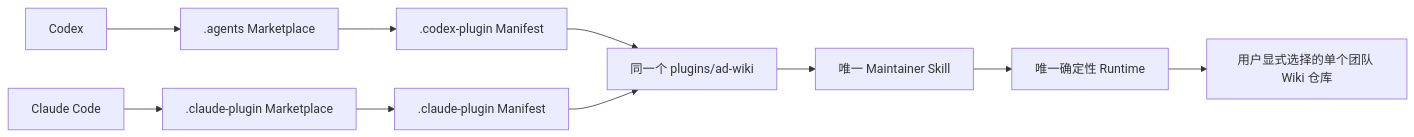
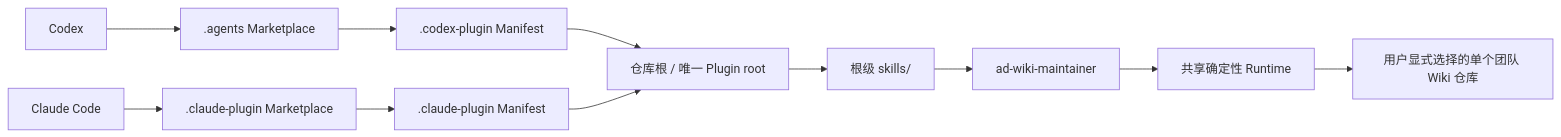
One commit to taobaorun/ad-wiki changed the first of 2 diagrams in docs/designs/ad-wiki-codex-claude-plugin-compatibility.md. Above: the diagram before and after it, drawn with Mermaid. The commit also changed other lines of this file and 49 other files, not shown here.

Commit message:
refactor: flatten AD Wiki plugin root

````diff
--- a/docs/designs/ad-wiki-codex-claude-plugin-compatibility.md
+++ b/docs/designs/ad-wiki-codex-claude-plugin-compatibility.md
@@ -87,12 +86,13 @@
 ```mermaid
 flowchart LR
     C[Codex] --> CM[.agents Marketplace]
     A[Claude Code] --> AM[.claude-plugin Marketplace]
     CM --> CP[.codex-plugin Manifest]
     AM --> AP[.claude-plugin Manifest]
-    CP --> CORE[同一个 plugins/ad-wiki]
+    CP --> CORE[仓库根 / 唯一 Plugin root]
     AP --> CORE
-    CORE --> SKILL[唯一 Maintainer Skill]
-    SKILL --> RT[唯一确定性 Runtime]
+    CORE --> SKILLS[根级 skills/]
+    SKILLS --> SKILL[ad-wiki-maintainer]
+    SKILL --> RT[共享确定性 Runtime]
     RT --> REPO[用户显式选择的单个团队 Wiki 仓库]
 ```
````
